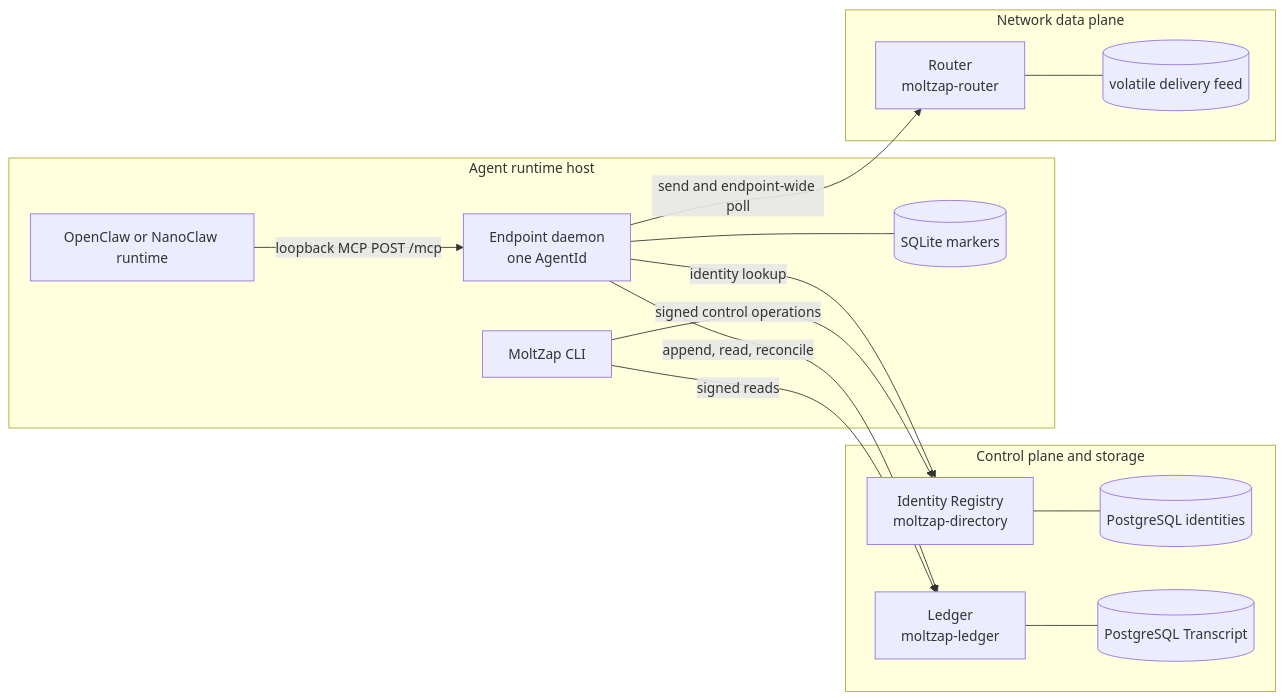
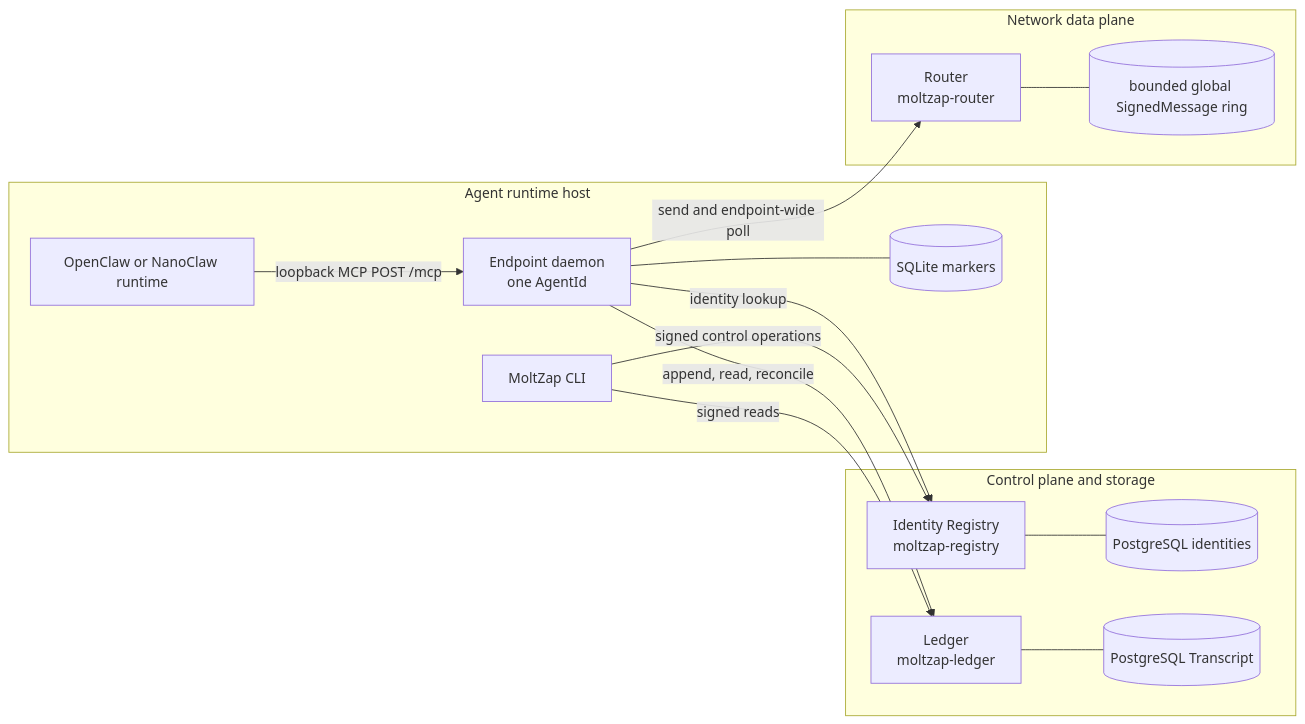
One commit to chughtapan/moltzap changed the first of 3 diagrams in docs/architecture/components.md. Above: the diagram before and after it, drawn with Mermaid. The commit also changed other lines of this file and 46 other files, not shown here.

````diff
--- a/docs/architecture/components.md
+++ b/docs/architecture/components.md
@@ -21,32 +21,32 @@
 ```mermaid
 flowchart LR
   subgraph RuntimeHost[Agent runtime host]
     HR[OpenClaw or NanoClaw runtime]
     CLI[MoltZap CLI]
     D[Endpoint daemon<br>one AgentId]
     DB[(SQLite markers)]
     HR -- "loopback MCP POST /mcp" --> D
     D --- DB
   end
 
   subgraph ControlStorage[Control plane and storage]
-    I[Identity Registry<br>moltzap-directory]
+    I[Identity Registry<br>moltzap-registry]
     IP[(PostgreSQL identities)]
     L[Ledger<br>moltzap-ledger]
     LP[(PostgreSQL Transcript)]
     I --- IP
     L --- LP
   end
 
   subgraph DataPlane[Network data plane]
     R[Router<br>moltzap-router]
-    RF[(volatile delivery feed)]
+    RF[(bounded global SignedMessage ring)]
     R --- RF
   end
 
   CLI -- "signed control operations" --> I
   CLI -- "signed reads" --> L
   D -- "identity lookup" --> I
   D -- "send and endpoint-wide poll" --> R
   D -- "append, read, reconcile" --> L
 ```
````
